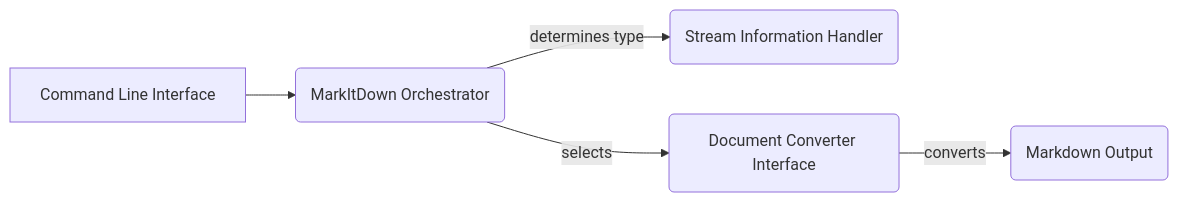
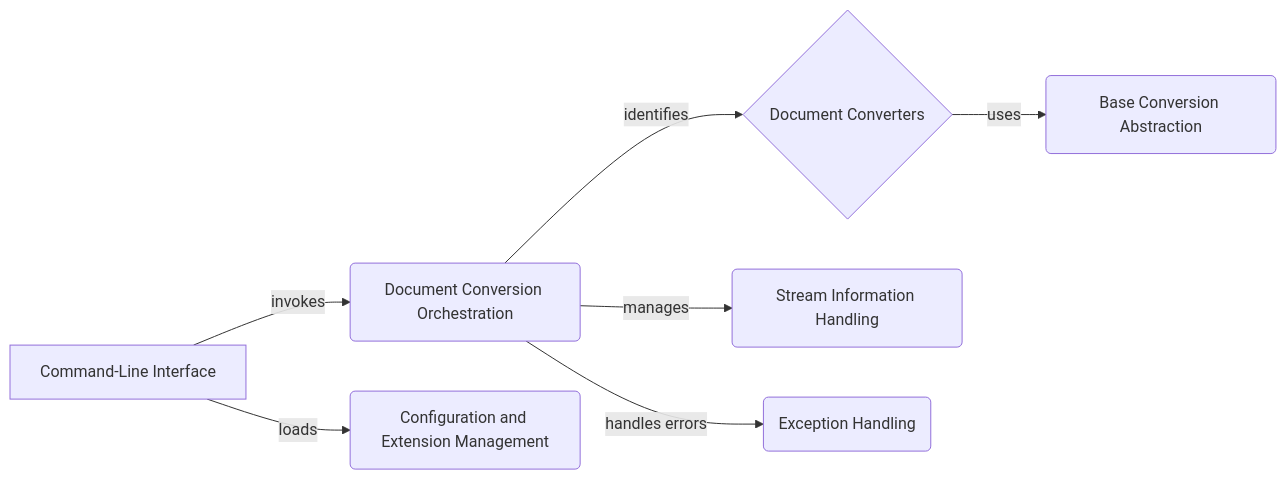
Before and after one commit to CodeBoarding/GeneratedOnBoardings: the diagram in markitdown/on_boarding.md, drawn with Mermaid. The commit also changed other lines of this file and 5 other files, not shown here.

````diff
--- a/markitdown/on_boarding.md
+++ b/markitdown/on_boarding.md
@@ -9,7 +9,9 @@
 ```mermaid
 graph LR
-    CLI[Command Line Interface] --> MarkItDown(MarkItDown Orchestrator)
-    MarkItDown -- determines type --> StreamInfo(Stream Information Handler)
-    MarkItDown -- selects --> DocumentConverter(Document Converter Interface)
-    DocumentConverter -- converts --> Markdown(Markdown Output)
+    A[Command-Line Interface] -- invokes --> B(Document Conversion Orchestration)
+    B -- identifies --> C{Document Converters}
+    B -- manages --> D(Stream Information Handling)
+    C -- uses --> E(Base Conversion Abstraction)
+    A -- loads --> F(Configuration and Extension Management)
+    B -- handles errors --> G(Exception Handling)
 ```
````
